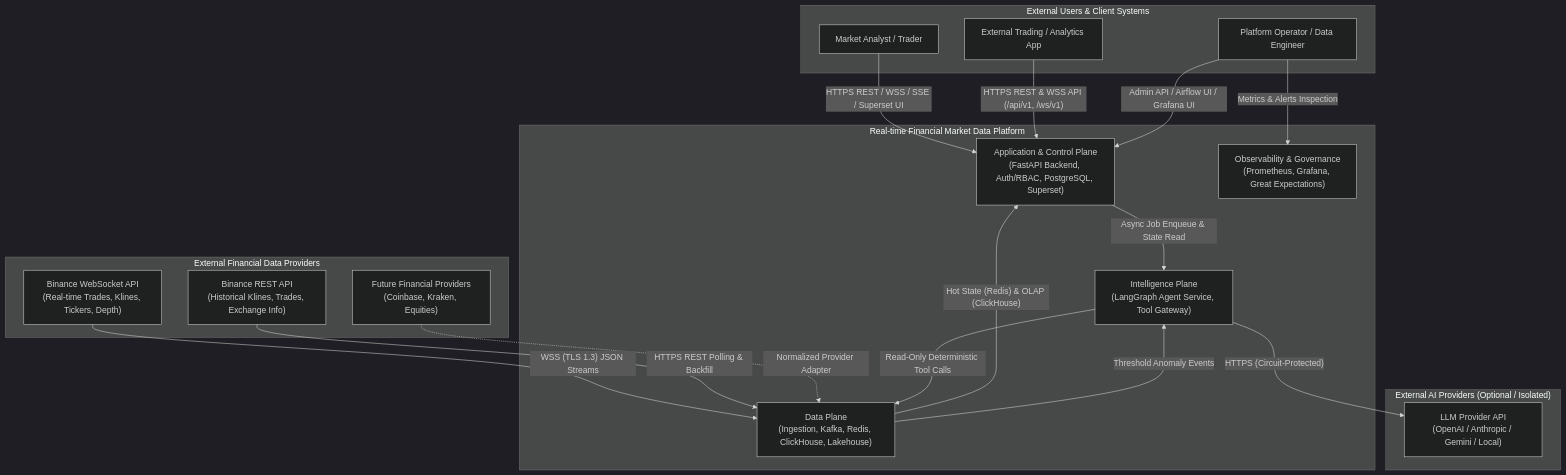
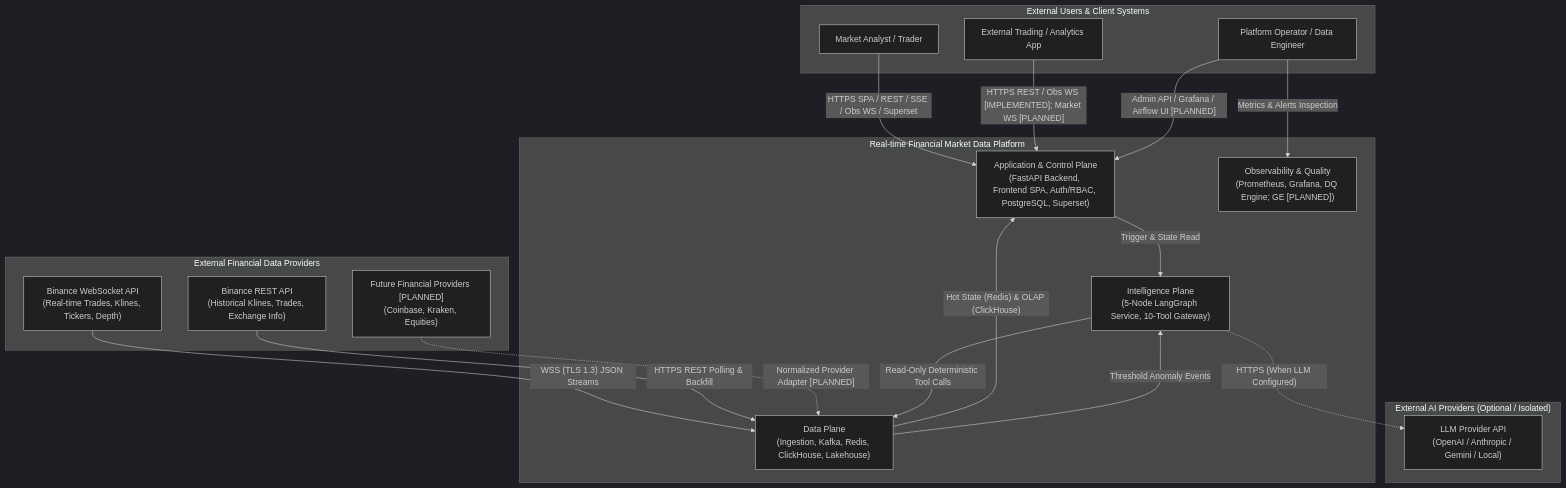
The diagram in docs/diagrams/system/01-system-context.md (DungTran1201/FinancialMarketDataPlatform), drawn with Mermaid (dark theme) before and after one commit. The commit also changed other lines of this file and 141 other files, not shown here.

Commit message:
docs: add comprehensive architecture documentation, data models, and agent definitions

````diff
--- a/docs/diagrams/system/01-system-context.md
+++ b/docs/diagrams/system/01-system-context.md
@@ -18,40 +30,40 @@
 ```mermaid
 flowchart TB
     subgraph Actors["External Users & Client Systems"]
         Trader["Market Analyst / Trader"]
         ClientApp["External Trading / Analytics App"]
         Operator["Platform Operator / Data Engineer"]
     end
 
     subgraph Providers["External Financial Data Providers"]
         BinanceWS["Binance WebSocket API<br/>(Real-time Trades, Klines, Tickers, Depth)"]
         BinanceREST["Binance REST API<br/>(Historical Klines, Trades, Exchange Info)"]
-        FutureEx["Future Financial Providers<br/>(Coinbase, Kraken, Equities)"]
+        FutureEx["Future Financial Providers [PLANNED]<br/>(Coinbase, Kraken, Equities)"]
     end
 
     subgraph ExternalAI["External AI Providers (Optional / Isolated)"]
         LLMAPI["LLM Provider API<br/>(OpenAI / Anthropic / Gemini / Local)"]
     end
 
     subgraph PlatformBoundary["Real-time Financial Market Data Platform"]
         DataPlane["Data Plane<br/>(Ingestion, Kafka, Redis, ClickHouse, Lakehouse)"]
-        AppPlane["Application & Control Plane<br/>(FastAPI Backend, Auth/RBAC, PostgreSQL, Superset)"]
-        IntelPlane["Intelligence Plane<br/>(LangGraph Agent Service, Tool Gateway)"]
-        ObsPlane["Observability & Governance<br/>(Prometheus, Grafana, Great Expectations)"]
+        AppPlane["Application & Control Plane<br/>(FastAPI Backend, Frontend SPA, Auth/RBAC, PostgreSQL, Superset)"]
+        IntelPlane["Intelligence Plane<br/>(5-Node LangGraph Service, 10-Tool Gateway)"]
+        ObsPlane["Observability & Quality<br/>(Prometheus, Grafana, DQ Engine; GE [PLANNED])"]
     end
 
     BinanceWS -->|"WSS (TLS 1.3) JSON Streams"| DataPlane
     BinanceREST -->|"HTTPS REST Polling & Backfill"| DataPlane
-    FutureEx -.->|"Normalized Provider Adapter"| DataPlane
+    FutureEx -.->|"Normalized Provider Adapter [PLANNED]"| DataPlane
 
     DataPlane -->|"Hot State (Redis) & OLAP (ClickHouse)"| AppPlane
     DataPlane -->|"Threshold Anomaly Events"| IntelPlane
     IntelPlane -->|"Read-Only Deterministic Tool Calls"| DataPlane
-    IntelPlane -->|"HTTPS (Circuit-Protected)"| LLMAPI
+    IntelPlane -.->|"HTTPS (When LLM Configured)"| LLMAPI
 
-    Trader -->|"HTTPS REST / WSS / SSE / Superset UI"| AppPlane
-    ClientApp -->|"HTTPS REST & WSS API (/api/v1, /ws/v1)"| AppPlane
-    AppPlane -->|"Async Job Enqueue & State Read"| IntelPlane
-    Operator -->|"Admin API / Airflow UI / Grafana UI"| AppPlane
+    Trader -->|"HTTPS SPA / REST / SSE / Obs WS / Superset"| AppPlane
+    ClientApp -->|"HTTPS REST / Obs WS [IMPLEMENTED]; Market WS [PLANNED]"| AppPlane
+    AppPlane -->|"Trigger & State Read"| IntelPlane
+    Operator -->|"Admin API / Grafana / Airflow UI [PLANNED]"| AppPlane
     Operator -->|"Metrics & Alerts Inspection"| ObsPlane
 ```
````
